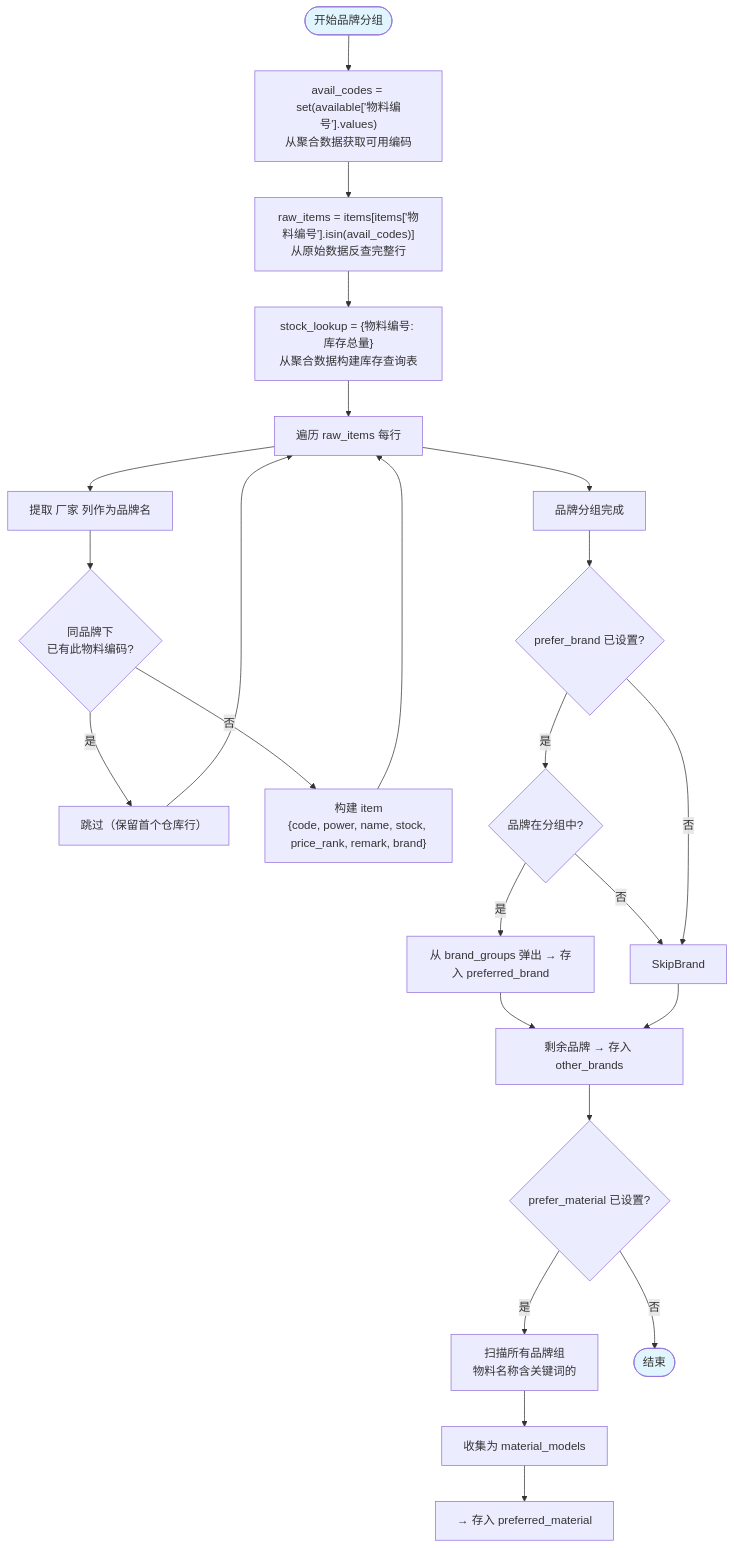
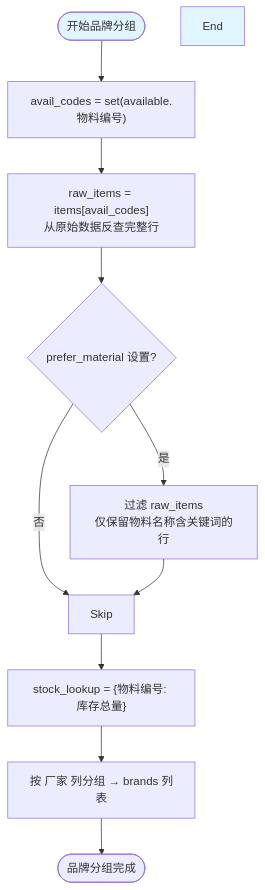
One commit to Meiuxs/tianhe-skills changed the eighth of 13 diagrams in dms-inventory/docs/orchestrator-flow.md. Above: the diagram before and after it, drawn with Mermaid. The commit also changed other lines of this file, not shown here.

Commit message:
docs(inventory): 同步更新流程图适配新的组合算法

````diff
--- a/dms-inventory/docs/orchestrator-flow.md
+++ b/dms-inventory/docs/orchestrator-flow.md
@@ -266,35 +266,15 @@
 ```mermaid
 flowchart TD
-    Start([开始品牌分组]) --> AvailCodes["avail_codes = set(available['物料编号'].values)<br/>从聚合数据获取可用编码"]
-
-    AvailCodes --> RawItems["raw_items = items[items['物料编号'].isin(avail_codes)]<br/>从原始数据反查完整行"]
-    RawItems --> StockLookup["stock_lookup = {物料编号: 库存总量}<br/>从聚合数据构建库存查询表"]
-
-    StockLookup --> Loop[遍历 raw_items 每行]
-    Loop --> Brand[提取 厂家 列作为品牌名]
-    Brand --> Dedup{同品牌下<br/>已有此物料编码?}
-    Dedup -->|是| Skip[跳过（保留首个仓库行）]
-    Dedup -->|否| AddItem["构建 item<br/>{code, power, name, stock, price_rank, remark, brand}"]
-
-    AddItem --> Loop
-    Skip --> Loop
-    Loop --> Done[品牌分组完成]
-
-    Done --> PrefBrand{prefer_brand 已设置?}
-    PrefBrand -->|是| Match{品牌在分组中?}
-    Match -->|是| Pop["从 brand_groups 弹出 → 存入 preferred_brand"]
-    Match -->|否| SkipBrand
-
-    PrefBrand -->|否| SkipBrand
-    Pop --> Others[剩余品牌 → 存入 other_brands]
-    SkipBrand --> Others
-
-    Others --> PrefMaterial{prefer_material 已设置?}
-    PrefMaterial -->|是| Scan[扫描所有品牌组<br/>物料名称含关键词的]
-    Scan --> Collect[收集为 material_models]
-    Collect --> Store["→ 存入 preferred_material"]
-    PrefMaterial -->|否| End([结束])
+    Start([开始品牌分组]) --> AvailCodes["avail_codes = set(available.物料编号)"]
+    AvailCodes --> RawItems["raw_items = items[avail_codes]<br/>从原始数据反查完整行"]
+    RawItems --> PrefFilter{prefer_material 设置?}
+    PrefFilter -->|是| Filter["过滤 raw_items<br/>仅保留物料名称含关键词的行"]
+    PrefFilter -->|否| Skip
+    Filter --> Skip
+    Skip --> StockLookup["stock_lookup = {物料编号: 库存总量}"]
+    StockLookup --> BrandLoop["按 厂家 列分组 → brands 列表"]
+    BrandLoop --> Done([品牌分组完成])
 
     style Start fill:#e1f5fe
     style End fill:#e1f5fe
 ```
````
